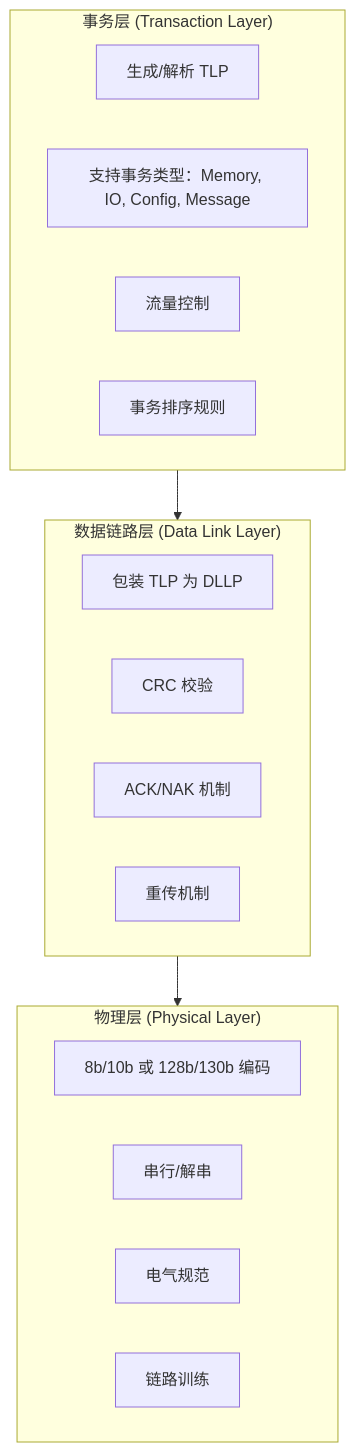
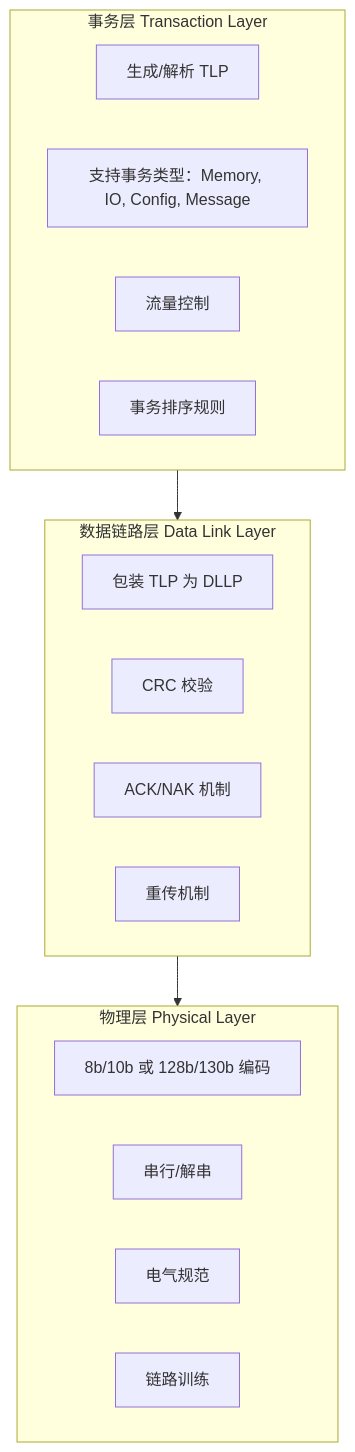
One commit to jpixy/jpixy.github.io changed the second of 4 diagrams in content/articles/linux/linux-59-PCIe驱动开发.md. Above: the diagram before and after it, drawn with Mermaid. The commit also changed 66 other files, not shown here.

Commit message:
fix: resolve Mermaid syntax errors by removing parentheses in node labels

````diff
--- a/content/articles/linux/linux-59-PCIe驱动开发.md
+++ b/content/articles/linux/linux-59-PCIe驱动开发.md
@@ -67,26 +67,26 @@
 ```mermaid
 graph TB
-    subgraph 事务层["事务层 (Transaction Layer)"]
+    subgraph 事务层["事务层 Transaction Layer"]
         T1[生成/解析 TLP]
         T2[支持事务类型：Memory, IO, Config, Message]
         T3[流量控制]
         T4[事务排序规则]
     end
 
-    subgraph 数据链路层["数据链路层 (Data Link Layer)"]
+    subgraph 数据链路层["数据链路层 Data Link Layer"]
         D1[包装 TLP 为 DLLP]
         D2[CRC 校验]
         D3[ACK/NAK 机制]
         D4[重传机制]
     end
 
-    subgraph 物理层["物理层 (Physical Layer)"]
+    subgraph 物理层["物理层 Physical Layer"]
         P1[8b/10b 或 128b/130b 编码]
         P2[串行/解串]
         P3[电气规范]
         P4[链路训练]
     end
 
     事务层 --> 数据链路层
     数据链路层 --> 物理层
 ```
````
